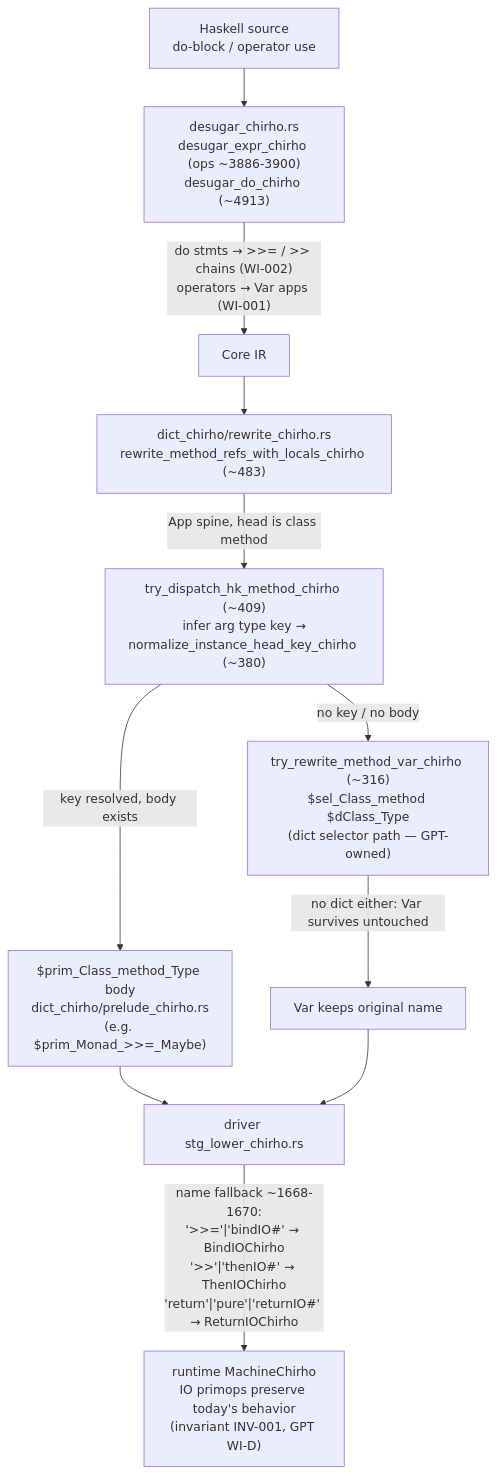
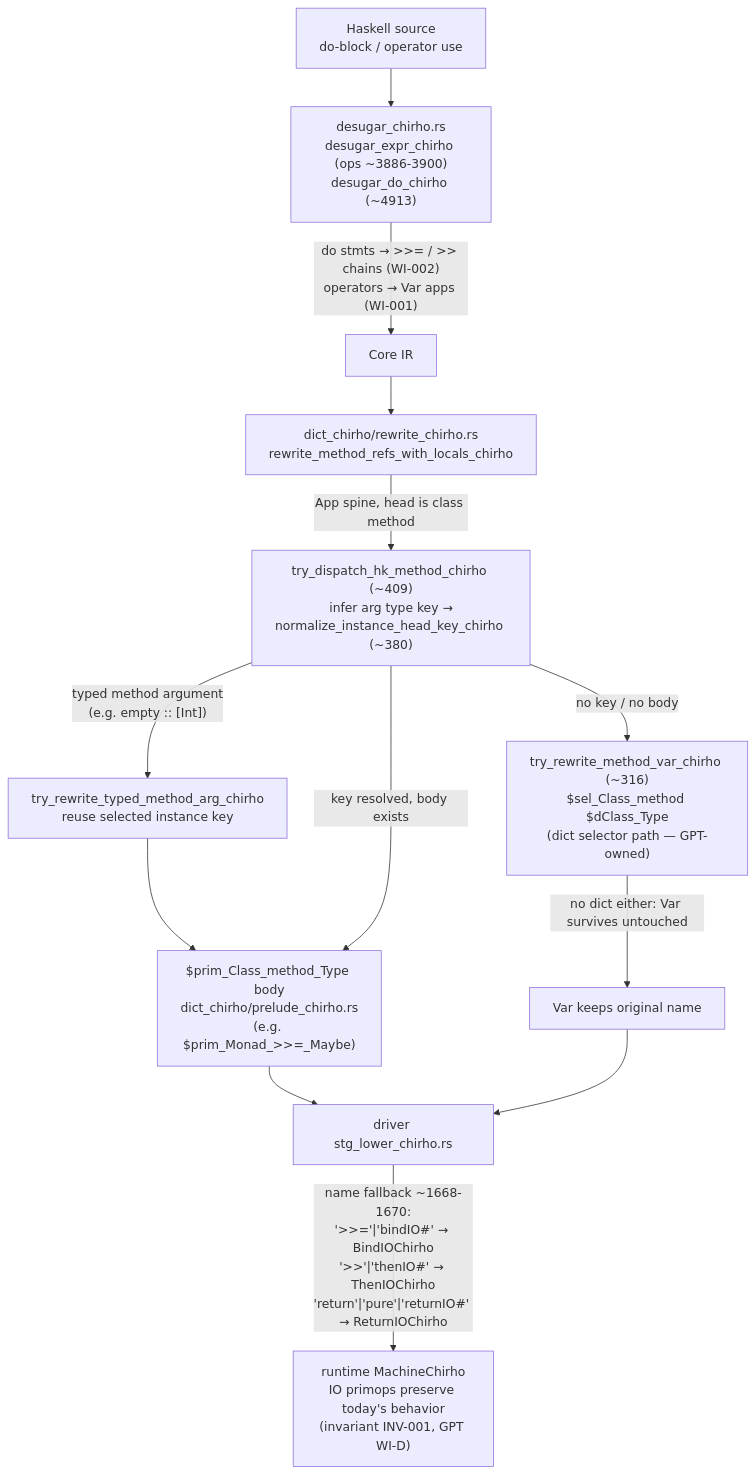
One commit to loveJesus/haskelujah-chirho changed the diagram in spec-chirho/workflows-chirho/monadic-dispatch-chirho.md. Above: the diagram before and after it, drawn with Mermaid. The commit also changed other lines of this file and 6 other files, not shown here.

````diff
--- a/spec-chirho/workflows-chirho/monadic-dispatch-chirho.md
+++ b/spec-chirho/workflows-chirho/monadic-dispatch-chirho.md
@@ -8,13 +8,15 @@
 ```mermaid
 flowchart TD
     SRC["Haskell source\ndo-block / operator use"] --> DESUGAR["desugar_chirho.rs\ndesugar_expr_chirho (ops ~3886-3900)\ndesugar_do_chirho (~4913)"]
     DESUGAR -->|"do stmts → >>= / >> chains (WI-002)\noperators → Var apps (WI-001)"| CORE["Core IR"]
-    CORE --> DICTPASS["dict_chirho/rewrite_chirho.rs\nrewrite_method_refs_with_locals_chirho (~483)"]
+    CORE --> DICTPASS["dict_chirho/rewrite_chirho.rs\nrewrite_method_refs_with_locals_chirho"]
     DICTPASS -->|"App spine, head is class method"| HK["try_dispatch_hk_method_chirho (~409)\ninfer arg type key →\nnormalize_instance_head_key_chirho (~380)"]
+    HK -->|"typed method argument\n(e.g. empty :: [Int])"| TYPEDARG["try_rewrite_typed_method_arg_chirho\nreuse selected instance key"]
+    TYPEDARG --> PRIM
     HK -->|"key resolved, body exists"| PRIM["$prim_Class_method_Type body\ndict_chirho/prelude_chirho.rs\n(e.g. $prim_Monad_>>=_Maybe)"]
     HK -->|"no key / no body"| SEL["try_rewrite_method_var_chirho (~316)\n$sel_Class_method $dClass_Type\n(dict selector path — GPT-owned)"]
     SEL -->|"no dict either: Var survives untouched"| FALLBACK["Var keeps original name"]
     PRIM --> STG["driver stg_lower_chirho.rs"]
     FALLBACK --> STG
     STG -->|"name fallback ~1668-1670:\n'>>='|'bindIO#' → BindIOChirho\n'>>'|'thenIO#' → ThenIOChirho\n'return'|'pure'|'returnIO#' → ReturnIOChirho"| MACHINE["runtime MachineChirho\nIO primops preserve today's behavior\n(invariant INV-001, GPT WI-D)"]
 ```
````
